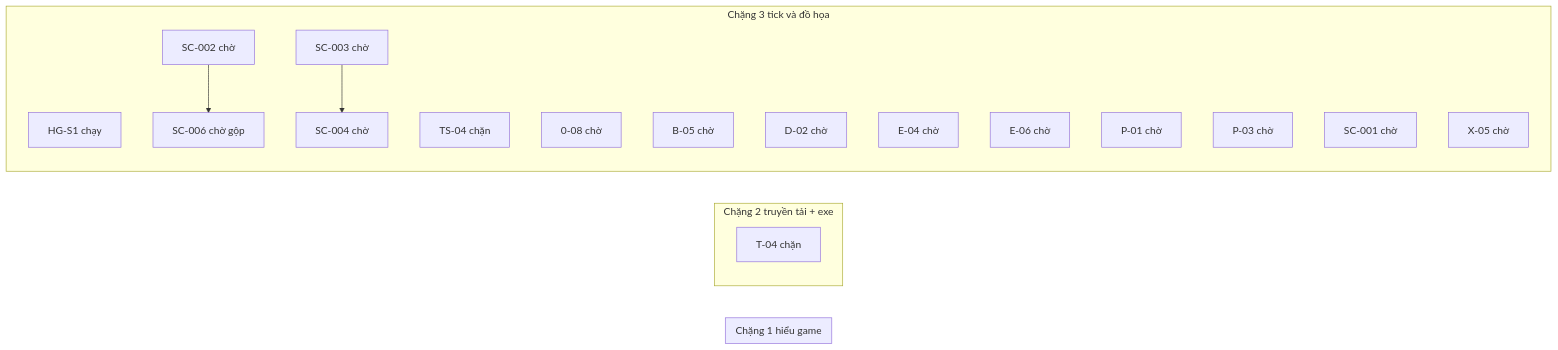
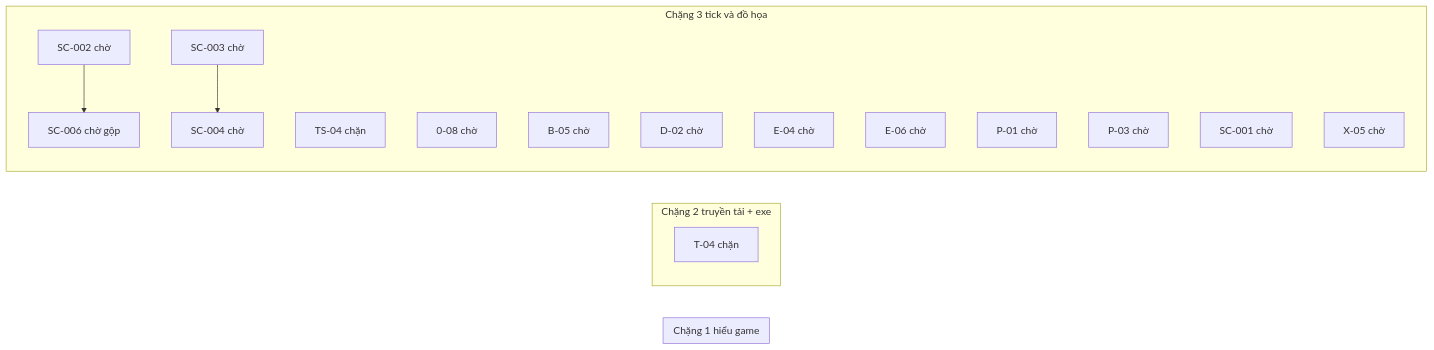
The diagram in JX1_OPS/STATE/TIEN-DO.md (ndtangoss-dev/jx1-reports), drawn with Mermaid before and after one commit. The commit also changed other lines of this file and 3 other files, not shown here.

````diff
--- a/JX1_OPS/STATE/TIEN-DO.md
+++ b/JX1_OPS/STATE/TIEN-DO.md
@@ -9,27 +9,26 @@
 ```mermaid
 flowchart LR
   subgraph S1["Chặng 1 hiểu game"]
   end
   subgraph S2["Chặng 2 truyền tải + exe"]
     T_04["T-04 chặn"]
   end
   subgraph S3["Chặng 3 tick và đồ họa"]
-    HG_S1["HG-S1 chạy"]
     SC_006["SC-006 chờ gộp"]
     TS_04["TS-04 chặn"]
     0_08["0-08 chờ"]
     B_05["B-05 chờ"]
     D_02["D-02 chờ"]
     E_04["E-04 chờ"]
     E_06["E-06 chờ"]
     P_01["P-01 chờ"]
     P_03["P-03 chờ"]
     SC_001["SC-001 chờ"]
     SC_002["SC-002 chờ"]
     SC_003["SC-003 chờ"]
     SC_004["SC-004 chờ"]
     X_05["X-05 chờ"]
   end
   SC_002 --> SC_006
   SC_003 --> SC_004
 ```
````
